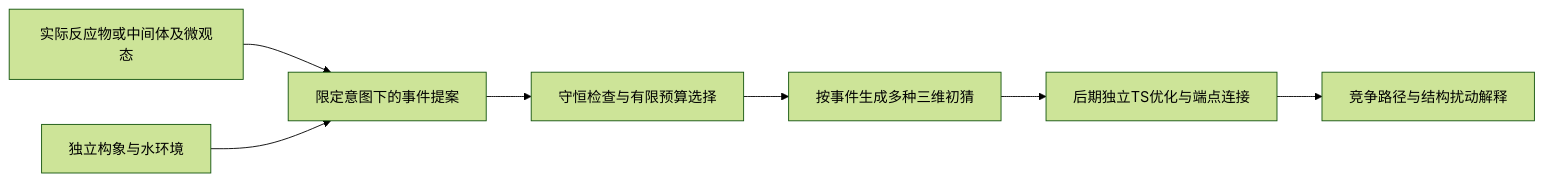
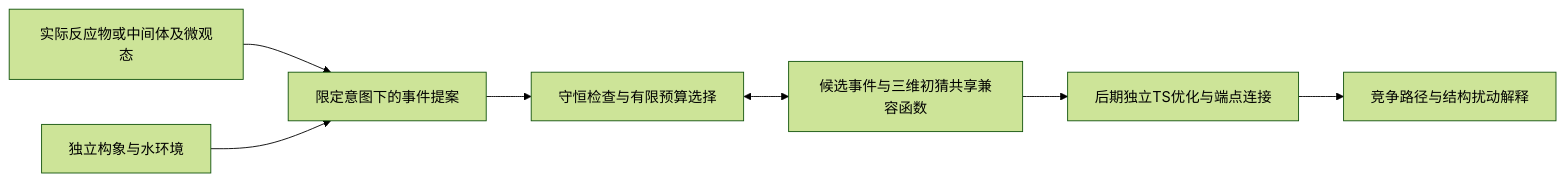
One commit to askusk521-cyber/note changed the diagram in 研究规划/AI反应机理架构/2026-09-22 课题审阅｜目标与研究判断.md. Above: the diagram before and after it, drawn with Mermaid (forest theme). The commit also changed other lines of this file and 11 other files, not shown here.

````diff
--- a/研究规划/AI反应机理架构/2026-09-22 课题审阅｜目标与研究判断.md
+++ b/研究规划/AI反应机理架构/2026-09-22 课题审阅｜目标与研究判断.md
@@ -63,9 +63,9 @@
 ```mermaid
 flowchart LR
     A[实际反应物或中间体及微观态] --> B[限定意图下的事件提案]
     W[独立构象与水环境] --> B
     B --> C[守恒检查与有限预算选择]
-    C --> D[按事件生成多种三维初猜]
+    C <--> D[候选事件与三维初猜共享兼容函数]
     D --> E[后期独立TS优化与端点连接]
     E --> F[竞争路径与结构扰动解释]
 ```
````
